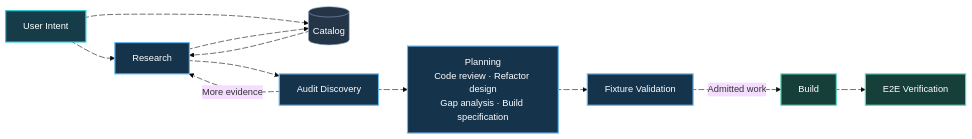
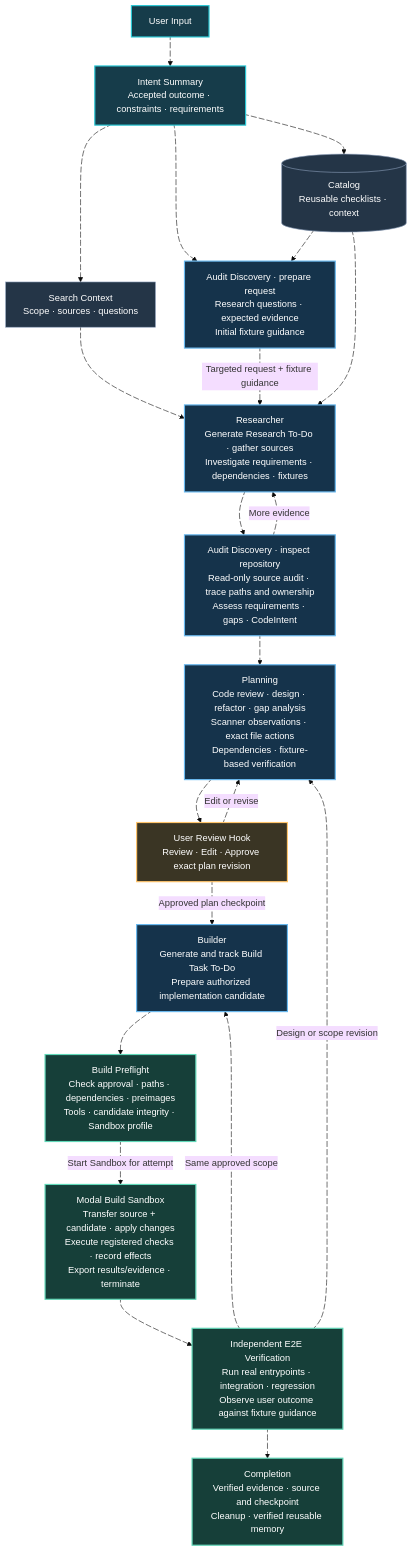
One commit to itz1508/OneShot-Continuing changed the first of 2 diagrams in README.md. Above: the diagram before and after it, drawn with Mermaid (base theme). The commit also changed other lines of this file, not shown here.

Commit message:
docs: clarify intended workflow in original palette (README only)

````diff
--- a/README.md
+++ b/README.md
@@ -15,34 +18,55 @@
 ```mermaid
-flowchart LR
-    INTENT["User Intent"] e01@--> RESEARCH["Research"]
-    INTENT e02@-.-> CATALOG[("Catalog")]
-    CATALOG e03@-.-> RESEARCH
-    RESEARCH e04@-.-> CATALOG
-
-    RESEARCH e05@--> AUDIT["Audit Discovery"]
-    AUDIT e06@-.->|More evidence| RESEARCH
-    AUDIT e07@--> PLAN["Planning<br/>Code review · Refactor design<br/>Gap analysis · Build specification"]
-    PLAN e08@--> FIXTURE["Fixture Validation"]
-    FIXTURE e09@-->|Admitted work| BUILD["Build"]
-    BUILD e10@--> VERIFY["E2E Verification"]
+flowchart TD
+    INPUT["User Input"] e01@--> INTENT["Intent Summary<br/>Accepted outcome · constraints · requirements"]
+    INTENT e02@--> SEARCH["Search Context<br/>Scope · sources · questions"]
+    INTENT e03@--> REQUEST["Audit Discovery · prepare request<br/>Research questions · expected evidence<br/>Initial fixture guidance"]
+    INTENT e04@-.-> CATALOG[("Catalog<br/>Reusable checklists · context")]
+    CATALOG e05@-.-> REQUEST
+    CATALOG e06@-.-> RESEARCH
+    SEARCH e07@--> RESEARCH["Researcher<br/>Generate Research To-Do · gather sources<br/>Investigate requirements · dependencies · fixtures"]
+    REQUEST e08@-->|Targeted request + fixture guidance| RESEARCH
+    RESEARCH e09@--> AUDIT["Audit Discovery · inspect repository<br/>Read-only source audit · trace paths and ownership<br/>Assess requirements · gaps · CodeIntent"]
+    AUDIT e10@-.->|More evidence| RESEARCH
+    AUDIT e11@--> PLAN["Planning<br/>Code review · design · refactor · gap analysis<br/>Scanner observations · exact file actions<br/>Dependencies · fixture-based verification"]
+    PLAN e12@--> REVIEW["User Review Hook<br/>Review · Edit · Approve exact plan revision"]
+    REVIEW e13@-.->|Edit or revise| PLAN
+    REVIEW e14@-->|Approved plan checkpoint| BUILDER["Builder<br/>Generate and track Build Task To-Do<br/>Prepare authorized implementation candidate"]
+    BUILDER e15@--> PRE["Build Preflight<br/>Check approval · paths · dependencies · preimages<br/>Tools · candidate integrity · Sandbox profile"]
+    PRE e16@-->|Start Sandbox for attempt| MODAL["Modal Build Sandbox<br/>Transfer source + candidate · apply changes<br/>Execute registered checks · record effects<br/>Export results/evidence · terminate"]
+    MODAL e17@--> E2E["Independent E2E Verification<br/>Run real entrypoints · integration · regression<br/>Observe user outcome against fixture guidance"]
+    E2E e18@-.->|Same approved scope| BUILDER
+    E2E e19@-.->|Design or scope revision| PLAN
+    E2E e20@--> DONE["Completion<br/>Verified evidence · source and checkpoint<br/>Cleanup · verified reusable memory"]
 
     e01@{ animation: fast }
-    e02@{ animation: slow }
-    e03@{ animation: slow }
-    e04@{ animation: slow }
-    e05@{ animation: fast }
-    e06@{ animation: slow }
+    e02@{ animation: fast }
+    e03@{ animation: fast }
     e07@{ animation: fast }
     e08@{ animation: fast }
     e09@{ animation: fast }
-    e10@{ animation: fast }
+    e11@{ animation: fast }
+    e12@{ animation: fast }
+    e14@{ animation: fast }
+    e15@{ animation: fast }
+    e16@{ animation: fast }
+    e17@{ animation: fast }
+    e20@{ animation: fast }
+    e04@{ animation: slow }
+    e05@{ animation: slow }
+    e06@{ animation: slow }
+    e10@{ animation: slow }
+    e13@{ animation: slow }
+    e18@{ animation: slow }
+    e19@{ animation: slow }
 
     classDef intent fill:#163c4a,stroke:#29c8d5,color:#ffffff,stroke-width:2px;
     classDef role fill:#15334b,stroke:#69b9ef,color:#ffffff,stroke-width:2px;
     classDef supporting fill:#243547,stroke:#8fa1bd,color:#ffffff,stroke-width:1px;
     classDef execution fill:#163f39,stroke:#60d8b8,color:#ffffff,stroke-width:2px;
-    class INTENT intent;
-    class RESEARCH,AUDIT,PLAN,FIXTURE role;
-    class CATALOG supporting;
-    class BUILD,VERIFY execution;
+    classDef review fill:#3a3524,stroke:#ffc46b,color:#ffffff,stroke-width:2px;
+    class INPUT,INTENT intent;
+    class SEARCH,CATALOG supporting;
+    class REQUEST,RESEARCH,AUDIT,PLAN,BUILDER role;
+    class REVIEW review;
+    class PRE,MODAL,E2E,DONE execution;
 ```
````
